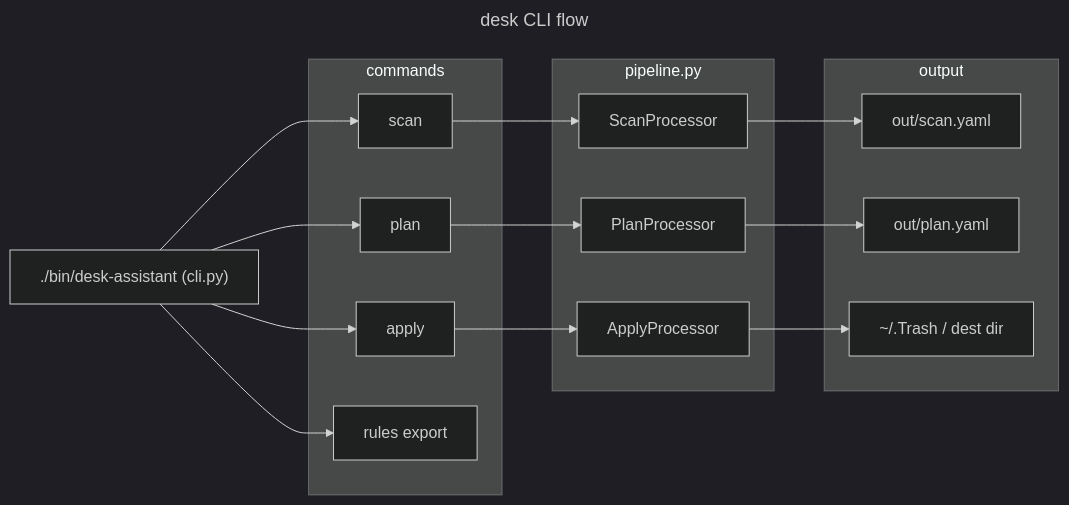
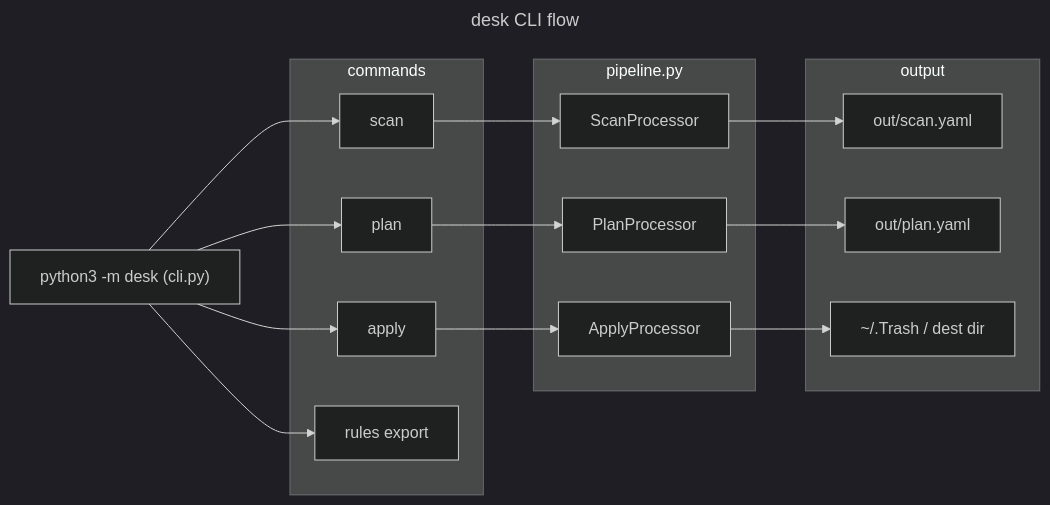
One commit to dancing-bear-show/dancing-bear changed the diagram in src/desk/README.md. Above: the diagram before and after it, drawn with Mermaid (dark theme). The commit also changed 5 other files, not shown here.

First line of the commit message:
docs: fix 10 diagram inaccuracies found sweeping the remaining 17 blocks

````diff
--- a/src/desk/README.md
+++ b/src/desk/README.md
@@ -53,27 +53,27 @@
 ```mermaid
 ---
 title: desk CLI flow
 ---
 flowchart LR
-    cli["./bin/desk-assistant (cli.py)"]
+    cli["python3 -m desk (cli.py)"]
     subgraph commands
         scan[scan]
         plan[plan]
         apply[apply]
         rules_export[rules export]
     end
     subgraph pipeline ["pipeline.py"]
         ScanProcessor
         PlanProcessor
         ApplyProcessor
     end
     subgraph output
         out_yaml[out/scan.yaml]
         out_plan[out/plan.yaml]
         trash["~/.Trash / dest dir"]
     end
     cli --> scan --> ScanProcessor --> out_yaml
     cli --> plan --> PlanProcessor --> out_plan
     cli --> apply --> ApplyProcessor --> trash
     cli --> rules_export
 ```
````
